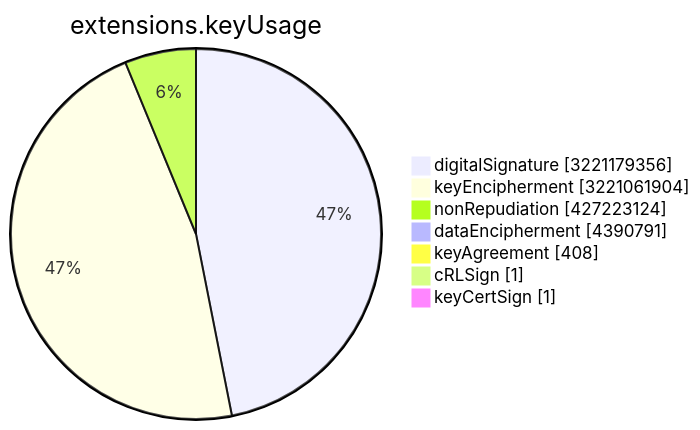
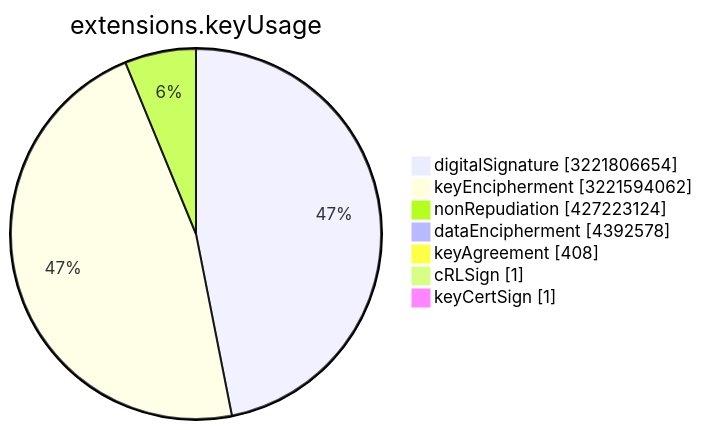
Before and after one commit to christiankrug/ctmonitor_visualization: the sixth of 15 diagrams in TOTAL/README.md, drawn with Mermaid. The commit also changed other lines of this file, not shown here.

````diff
--- a/TOTAL/README.md
+++ b/TOTAL/README.md
@@ -3077,11 +3077,11 @@
 ```mermaid
 pie showData
 title extensions.keyUsage
-"digitalSignature" :3221179356
-"keyEncipherment" :3221061904
+"digitalSignature" :3221806654
+"keyEncipherment" :3221594062
 "nonRepudiation" :427223124
-"dataEncipherment" :4390791
+"dataEncipherment" :4392578
 "keyAgreement" :408
 "cRLSign" :1
 "keyCertSign" :1
 ```
````
